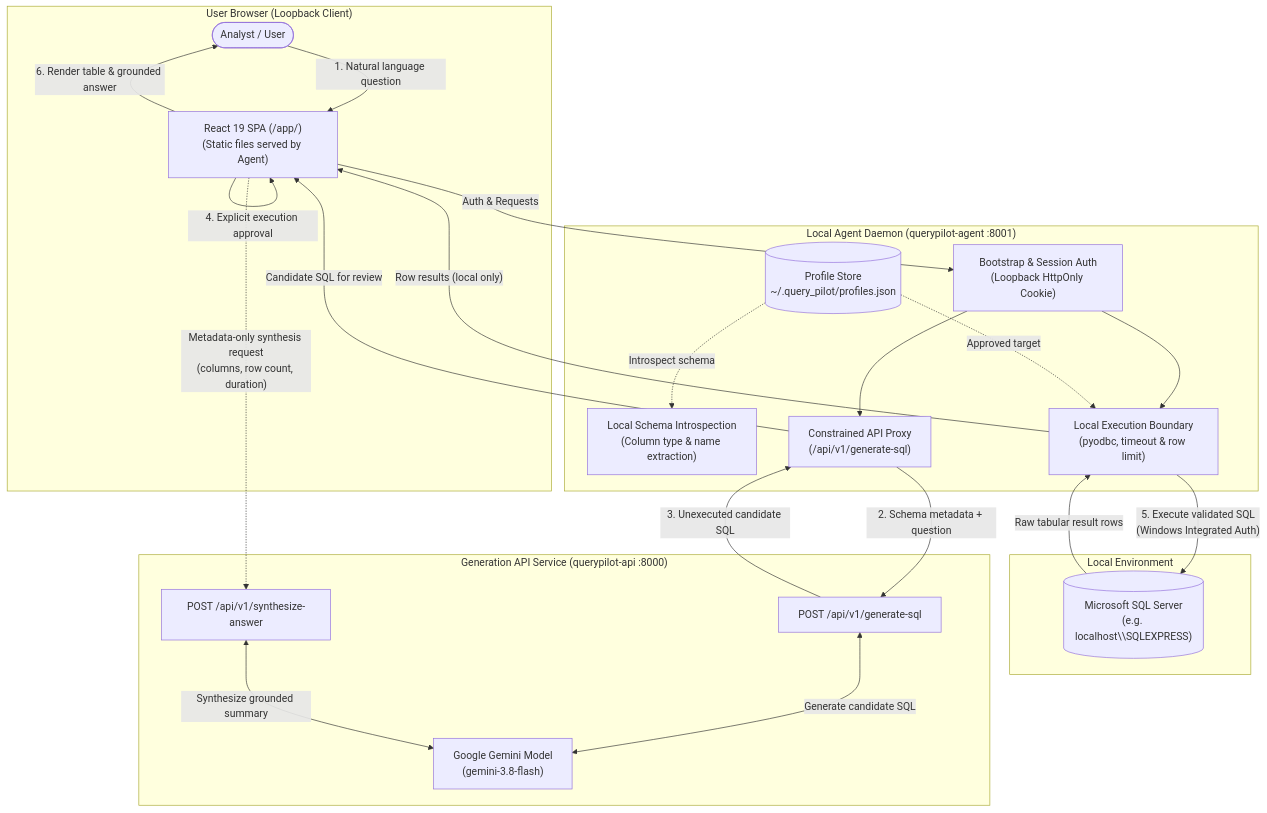
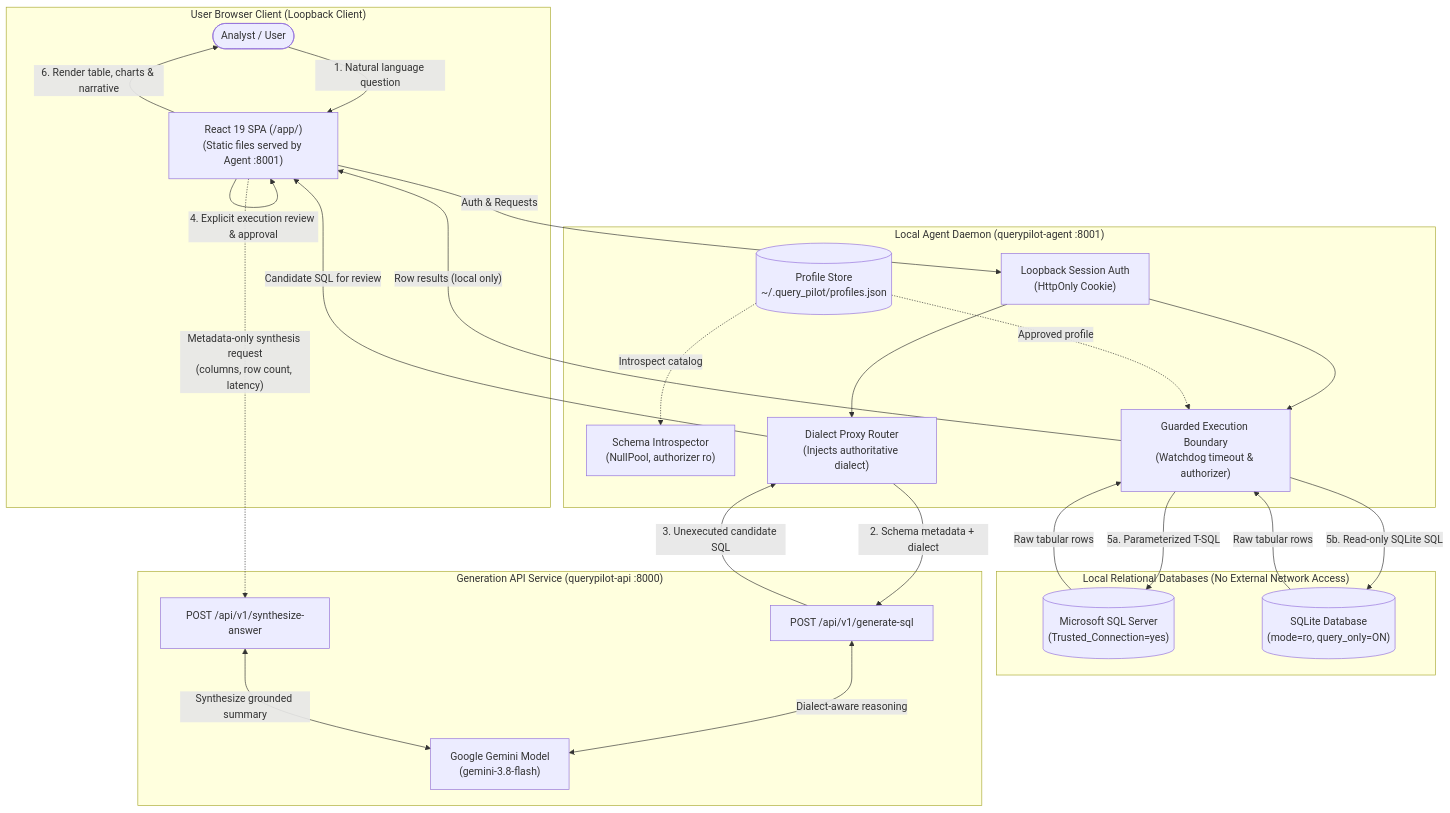
Before and after one commit to Yash-Kakadiya/query-pilot: the diagram in README.md, drawn with Mermaid. The commit also changed other lines of this file and 80 other files, not shown here.

````diff
--- a/README.md
+++ b/README.md
@@ -24,45 +74,48 @@
 ```mermaid
 flowchart TD
-    subgraph Browser ["User Browser (Loopback Client)"]
+    subgraph Browser ["User Browser Client (Loopback Client)"]
         User(["Analyst / User"])
-        UI["React 19 SPA (/app/)\n(Static files served by Agent)"]
+        UI["React 19 SPA (/app/)\n(Static files served by Agent :8001)"]
         User -->|"1. Natural language question"| UI
-        UI -->|"4. Explicit execution approval"| UI
-        UI -->|"6. Render table & grounded answer"| User
+        UI -->|"4. Explicit execution review & approval"| UI
+        UI -->|"6. Render table, charts & narrative"| User
     end
 
     subgraph AgentDaemon ["Local Agent Daemon (querypilot-agent :8001)"]
-        AuthGate["Bootstrap & Session Auth\n(Loopback HttpOnly Cookie)"]
+        AuthGate["Loopback Session Auth\n(HttpOnly Cookie)"]
         ProfileStore[("Profile Store\n~/.query_pilot/profiles.json")]
-        Introspector["Local Schema Introspection\n(Column type & name extraction)"]
-        ExecBoundary["Local Execution Boundary\n(pyodbc, timeout & row limit)"]
-        ProxyRouter["Constrained API Proxy\n(/api/v1/generate-sql)"]
+        Introspector["Schema Introspector\n(NullPool, authorizer ro)"]
+        ExecBoundary["Guarded Execution Boundary\n(Watchdog timeout & authorizer)"]
+        ProxyRouter["Dialect Proxy Router\n(Injects authoritative dialect)"]
 
         UI -->|"Auth & Requests"| AuthGate
         AuthGate --> ProxyRouter
         AuthGate --> ExecBoundary
-        ProfileStore -.->|"Approved target"| ExecBoundary
-        ProfileStore -.->|"Introspect schema"| Introspector
+        ProfileStore -.->|"Approved profile"| ExecBoundary
+        ProfileStore -.->|"Introspect catalog"| Introspector
     end
 
-    subgraph LocalDB ["Local Environment"]
-        MSSQL[("Microsoft SQL Server\n(e.g. localhost\\SQLEXPRESS)")]
-        ExecBoundary -->|"5. Execute validated SQL\n(Windows Integrated Auth)"| MSSQL
-        MSSQL -->|"Raw tabular result rows"| ExecBoundary
+    subgraph LocalDB ["Local Relational Databases (No External Network Access)"]
+        MSSQL[("Microsoft SQL Server\n(Trusted_Connection=yes)")]
+        SQLiteDB[("SQLite Database\n(mode=ro, query_only=ON)")]
+        ExecBoundary -->|"5a. Parameterized T-SQL"| MSSQL
+        ExecBoundary -->|"5b. Read-only SQLite SQL"| SQLiteDB
+        MSSQL -->|"Raw tabular rows"| ExecBoundary
+        SQLiteDB -->|"Raw tabular rows"| ExecBoundary
         ExecBoundary -->|"Row results (local only)"| UI
     end
 
     subgraph HostedAPI ["Generation API Service (querypilot-api :8000)"]
         APIRoute["POST /api/v1/generate-sql"]
         SynthRoute["POST /api/v1/synthesize-answer"]
         Gemini["Google Gemini Model\n(gemini-3.8-flash)"]
 
-        ProxyRouter -->|"2. Schema metadata + question"| APIRoute
-        APIRoute <-->|"Generate candidate SQL"| Gemini
+        ProxyRouter -->|"2. Schema metadata + dialect"| APIRoute
+        APIRoute <-->|"Dialect-aware reasoning"| Gemini
         APIRoute -->|"3. Unexecuted candidate SQL"| ProxyRouter
         ProxyRouter -->|"Candidate SQL for review"| UI
 
-        UI -.->|"Metadata-only synthesis request\n(columns, row count, duration)"| SynthRoute
+        UI -.->|"Metadata-only synthesis request\n(columns, row count, latency)"| SynthRoute
         SynthRoute <-->|"Synthesize grounded summary"| Gemini
     end
 ```
````
